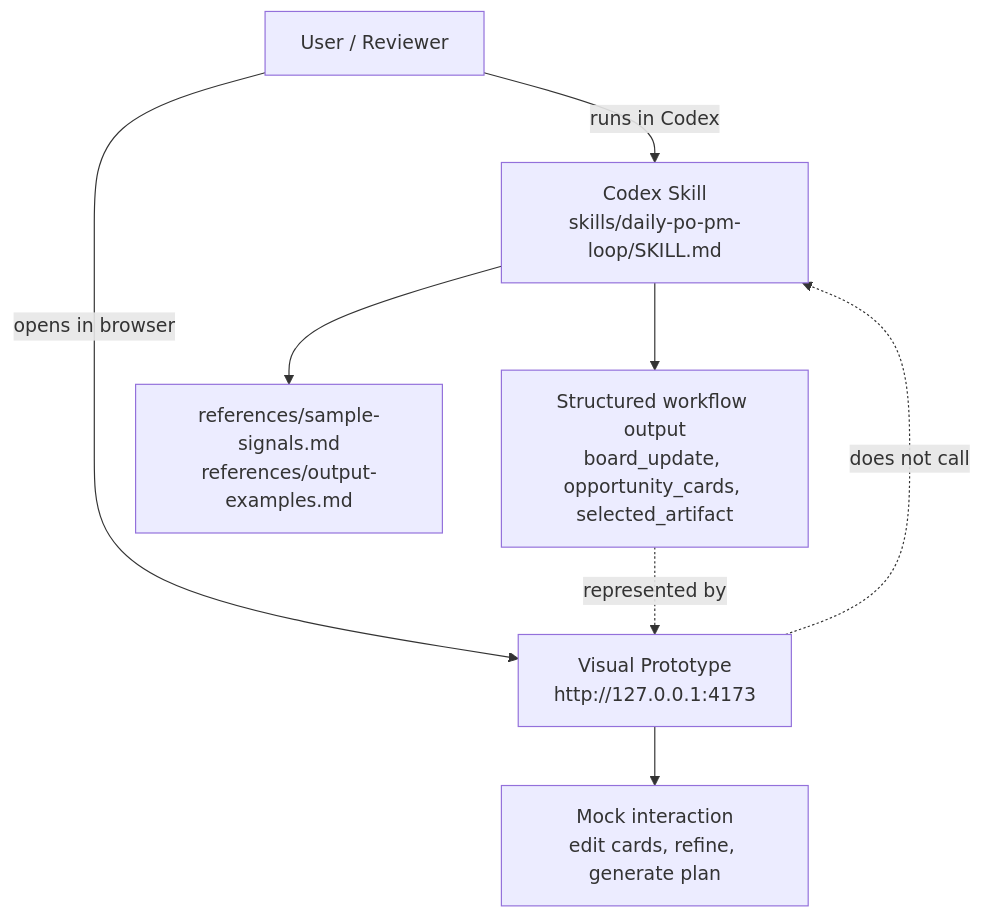
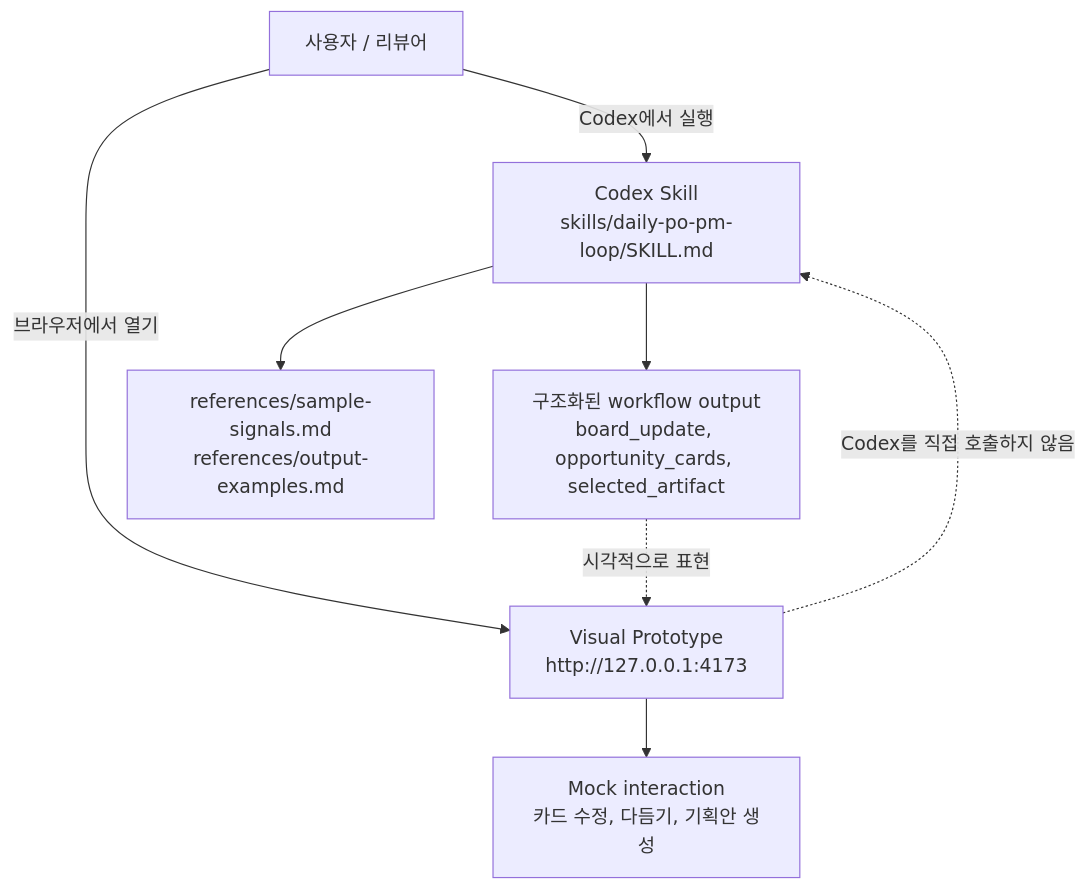
The second of 3 diagrams in README.md (HwangJohn/skillathon-daily-po-pm-loop), drawn with Mermaid before and after one commit. The commit also changed other lines of this file and 1 other file, not shown here.

````diff
--- a/README.md
+++ b/README.md
@@ -31,10 +33,10 @@
 ```mermaid
 flowchart TB
-  U[User / Reviewer] -->|runs in Codex| S[Codex Skill<br/>skills/daily-po-pm-loop/SKILL.md]
-  S --> SO[Structured workflow output<br/>board_update, opportunity_cards, selected_artifact]
-  U -->|opens in browser| P[Visual Prototype<br/>http://127.0.0.1:4173]
-  P --> PO[Mock interaction<br/>edit cards, refine, generate plan]
-  SO -.represented by.-> P
-  P -.does not call.-> S
+  U[사용자 / 리뷰어] -->|Codex에서 실행| S[Codex Skill<br/>skills/daily-po-pm-loop/SKILL.md]
+  S --> SO[구조화된 workflow output<br/>board_update, opportunity_cards, selected_artifact]
+  U -->|브라우저에서 열기| P[Visual Prototype<br/>http://127.0.0.1:4173]
+  P --> PO[Mock interaction<br/>카드 수정, 다듬기, 기획안 생성]
+  SO -.시각적으로 표현.-> P
+  P -.Codex를 직접 호출하지 않음.-> S
   S --> R[references/sample-signals.md<br/>references/output-examples.md]
 ```
````
